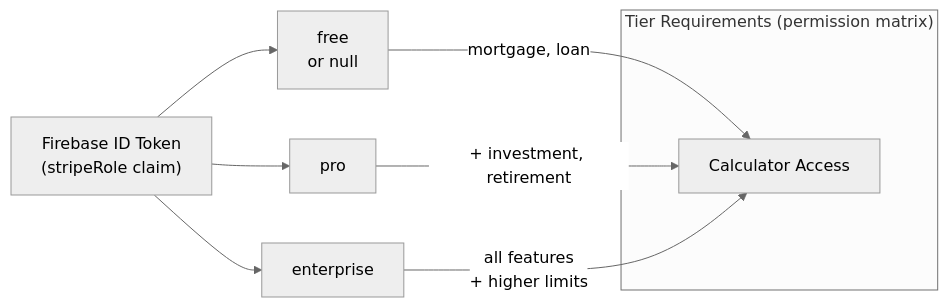
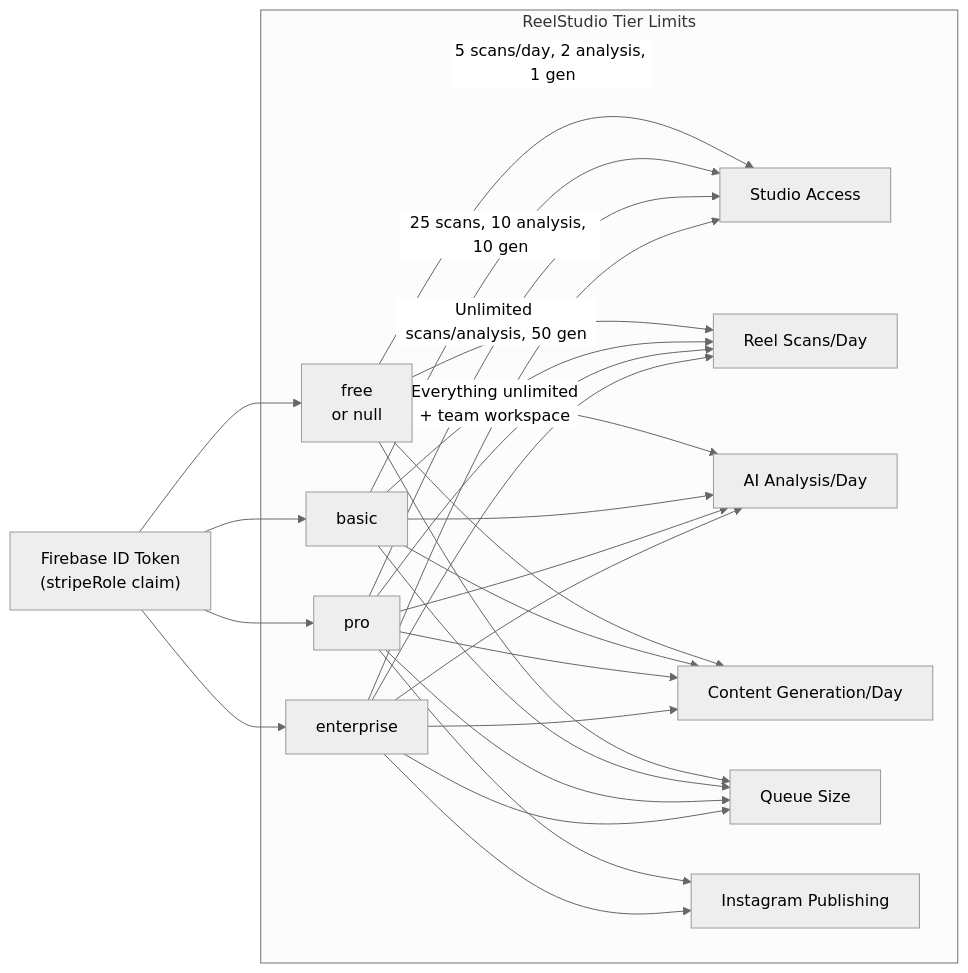
The fourth of 5 diagrams in docs/architecture/diagrams.md (KennethAtchon/ContentAI), drawn with Mermaid (neutral theme) before and after one commit. The commit also changed other lines of this file and 41 other files, not shown here.

Commit message:
add comprehensive documentation for ReelStudio domain architecture including studio system, generation pipeline, database schema, API routes, and rate limiting configurations

````diff
--- a/docs/architecture/diagrams.md
+++ b/docs/architecture/diagrams.md
@@ -149,15 +187,44 @@
 ```mermaid
 flowchart LR
     Token["Firebase ID Token\n(stripeRole claim)"]
     Token --> Free["free\nor null"]
+    Token --> Basic["basic"]
     Token --> Pro["pro"]
     Token --> Enterprise["enterprise"]
 
-    Free -->|mortgage, loan| Calc["Calculator Access"]
-    Pro -->|+ investment, retirement| Calc
-    Enterprise -->|all features\n+ higher limits| Calc
+    Free -->|5 scans/day, 2 analysis, 1 gen| Studio["Studio Access"]
+    Basic -->|25 scans, 10 analysis, 10 gen| Studio
+    Pro -->|Unlimited scans/analysis, 50 gen| Studio
+    Enterprise -->|Everything unlimited\n+ team workspace| Studio
 
-    subgraph FEATURE_TIER_REQUIREMENTS["Tier Requirements (permission matrix)"]
-        Calc
+    subgraph FEATURE_TIER_REQUIREMENTS["ReelStudio Tier Limits"]
+        Studio
+        ReelScans["Reel Scans/Day"]
+        Analysis["AI Analysis/Day"]
+        Generation["Content Generation/Day"]
+        Queue["Queue Size"]
+        Instagram["Instagram Publishing"]
+        
+        Free --> ReelScans
+        Free --> Analysis
+        Free --> Generation
+        Free --> Queue
+        
+        Basic --> ReelScans
+        Basic --> Analysis
+        Basic --> Generation
+        Basic --> Queue
+        
+        Pro --> ReelScans
+        Pro --> Analysis
+        Pro --> Generation
+        Pro --> Queue
+        Pro --> Instagram
+        
+        Enterprise --> ReelScans
+        Enterprise --> Analysis
+        Enterprise --> Generation
+        Enterprise --> Queue
+        Enterprise --> Instagram
     end
 ```
````
